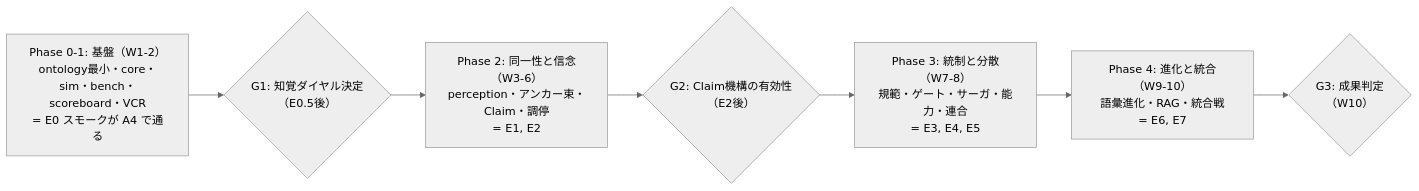
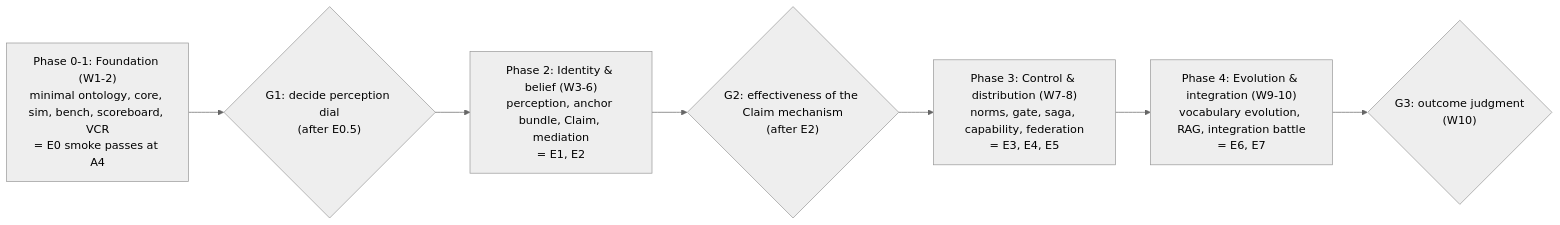
The third of 4 diagrams in Musubi/PROJECT.md (shibuiwilliam/robotics-experiments), drawn with Mermaid (neutral theme) before and after one commit. The commit also changed other lines of this file and 2 other files, not shown here.

````diff
--- a/Musubi/PROJECT.md
+++ b/Musubi/PROJECT.md
@@ -379,11 +379,11 @@
 ```mermaid
 flowchart LR
-    P0["Phase 0-1: 基盤（W1-2）<br/>ontology最小・core・sim・bench・scoreboard・VCR<br/>= E0 スモークが A4 で通る"]
-    G1{"G1: 知覚ダイヤル決定<br/>（E0.5後）"}
-    P1["Phase 2: 同一性と信念（W3-6）<br/>perception・アンカー束・Claim・調停<br/>= E1, E2"]
-    G2{"G2: Claim機構の有効性<br/>（E2後）"}
-    P2["Phase 3: 統制と分散（W7-8）<br/>規範・ゲート・サーガ・能力・連合<br/>= E3, E4, E5"]
-    P3["Phase 4: 進化と統合（W9-10）<br/>語彙進化・RAG・統合戦<br/>= E6, E7"]
-    G3{"G3: 成果判定<br/>（W10）"}
+    P0["Phase 0-1: Foundation (W1-2)<br/>minimal ontology, core, sim, bench, scoreboard, VCR<br/>= E0 smoke passes at A4"]
+    G1{"G1: decide perception dial<br/>(after E0.5)"}
+    P1["Phase 2: Identity & belief (W3-6)<br/>perception, anchor bundle, Claim, mediation<br/>= E1, E2"]
+    G2{"G2: effectiveness of the Claim mechanism<br/>(after E2)"}
+    P2["Phase 3: Control & distribution (W7-8)<br/>norms, gate, saga, capability, federation<br/>= E3, E4, E5"]
+    P3["Phase 4: Evolution & integration (W9-10)<br/>vocabulary evolution, RAG, integration battle<br/>= E6, E7"]
+    G3{"G3: outcome judgment<br/>(W10)"}
     P0 --> G1 --> P1 --> G2 --> P2 --> P3 --> G3
 ```
````
